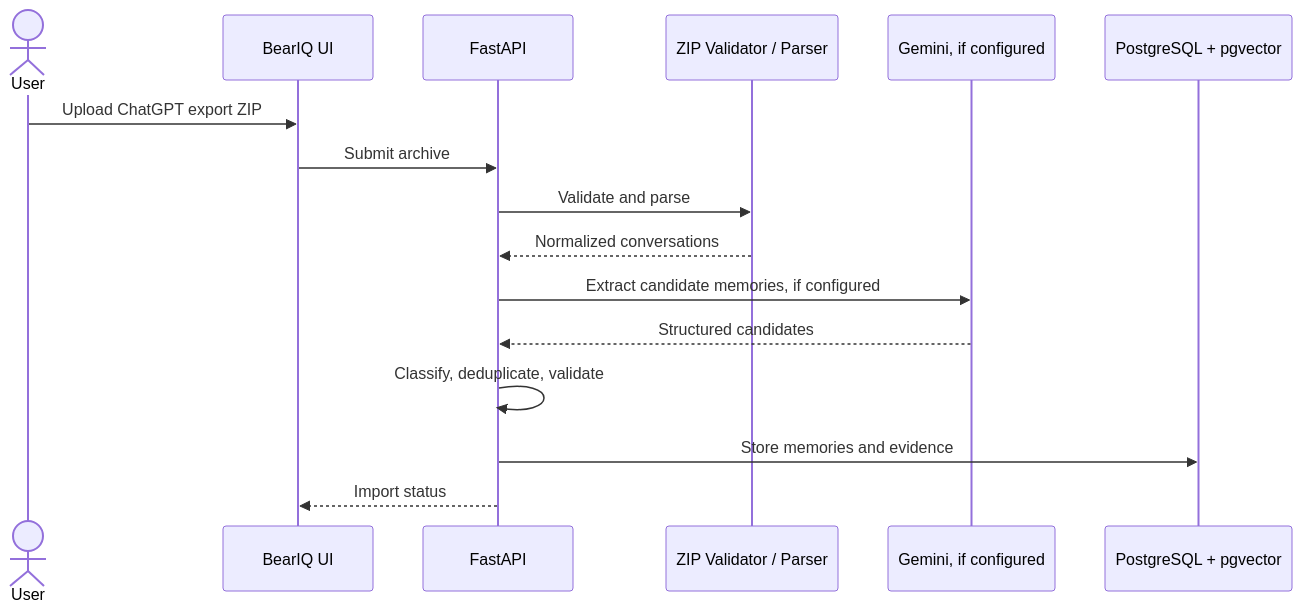
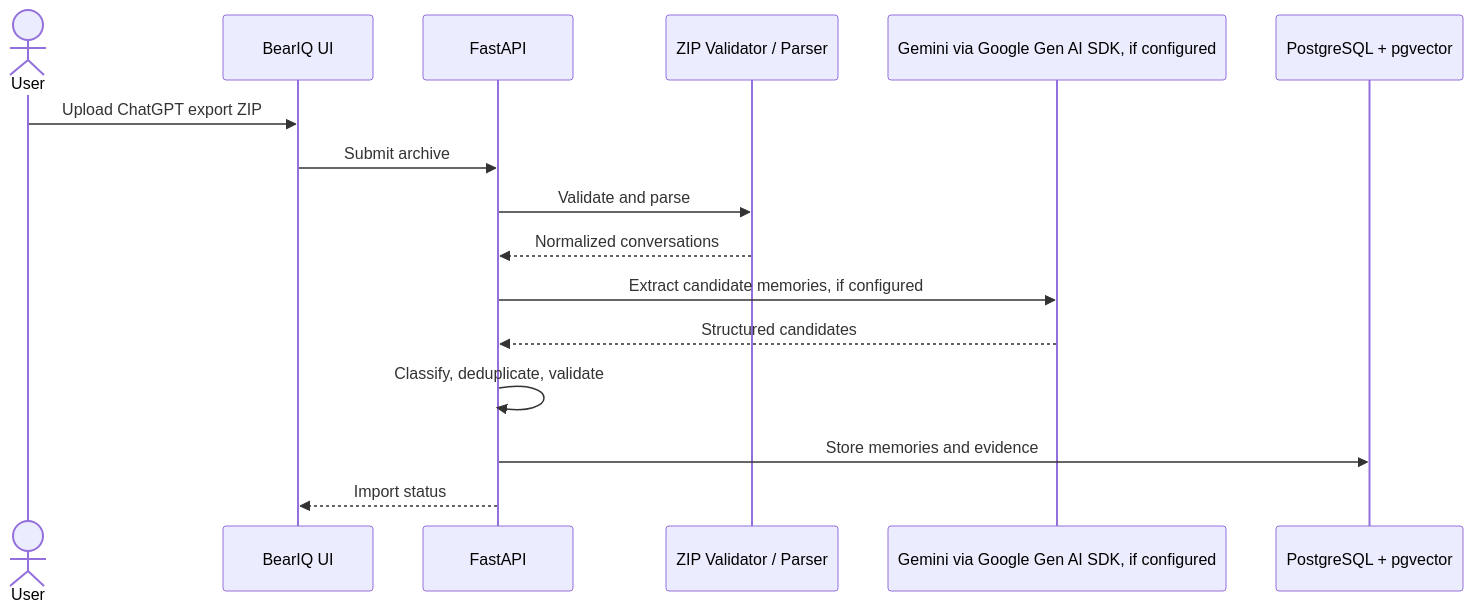
The second of 2 diagrams in README.md (sudeepshm/BearIQ), drawn with Mermaid before and after one commit. The commit also changed other lines of this file, not shown here.

````diff
--- a/README.md
+++ b/README.md
@@ -74,19 +76,19 @@
-``` mermaid
+```mermaid mermaid
 sequenceDiagram
     actor User
     participant UI as BearIQ UI
     participant API as FastAPI
     participant Parser as ZIP Validator / Parser
-    participant AI as Gemini, if configured
+    participant AI as Gemini via Google Gen AI SDK, if configured
     participant DB as PostgreSQL + pgvector
 
     User->>UI: Upload ChatGPT export ZIP
     UI->>API: Submit archive
     API->>Parser: Validate and parse
     Parser-->>API: Normalized conversations
     API->>AI: Extract candidate memories, if configured
     AI-->>API: Structured candidates
     API->>API: Classify, deduplicate, validate
     API->>DB: Store memories and evidence
     API-->>UI: Import status
 ```
````
